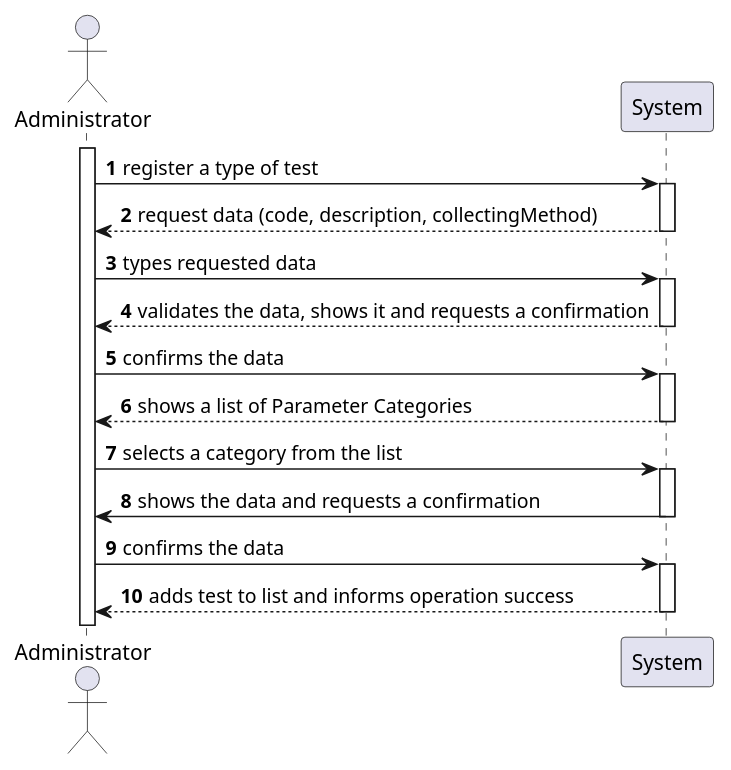
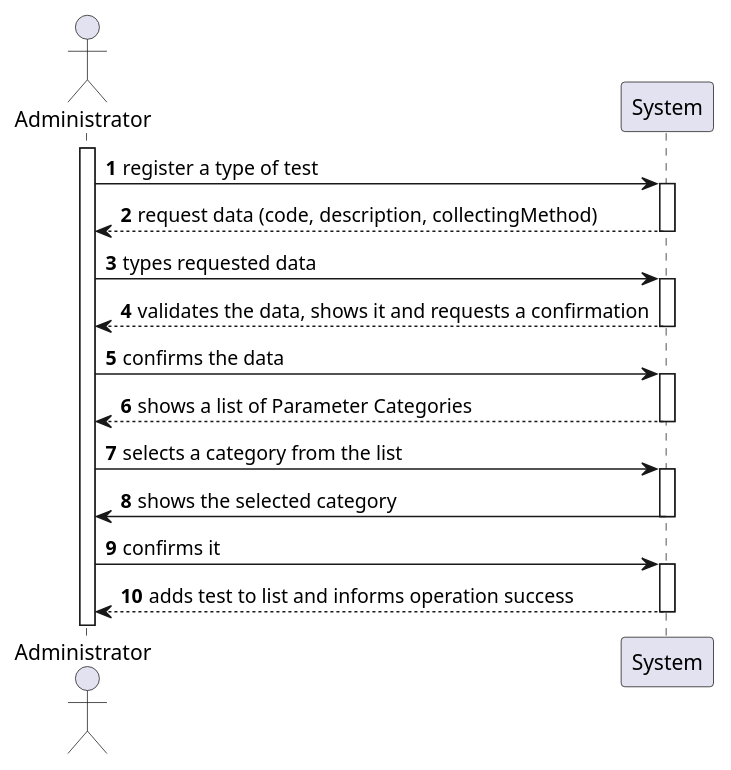
Before and after one commit to 0franciscor/lei-21-s2-1de-g19: the diagram in docs/SprintB/US09/US09-SSD.puml, drawn with PlantUML. The commit also changed 3 other files, not shown here.

```diff
--- a/docs/SprintB/US09/US09-SSD.puml
+++ b/docs/SprintB/US09/US09-SSD.puml
@@ -1,20 +1,20 @@
 @startuml
 'https://plantuml.com/sequence-diagram
 
 autonumber
 
 actor "Administrator" as admin
 activate admin
 
 admin -> System ++: register a type of test
 System -->  admin --: request data (code, description, collectingMethod)
 admin ->  System ++: types requested data
 System --> admin --: validates the data, shows it and requests a confirmation
 admin -> System ++: confirms the data
 System --> admin --: shows a list of Parameter Categories
 admin -> System ++: selects a category from the list
-System -> admin --: shows the data and requests a confirmation
-admin -> System ++: confirms the data
+System -> admin --: shows the selected category
+admin -> System ++: confirms it
 System --> admin --: adds test to list and informs operation success
 
 @enduml
```
